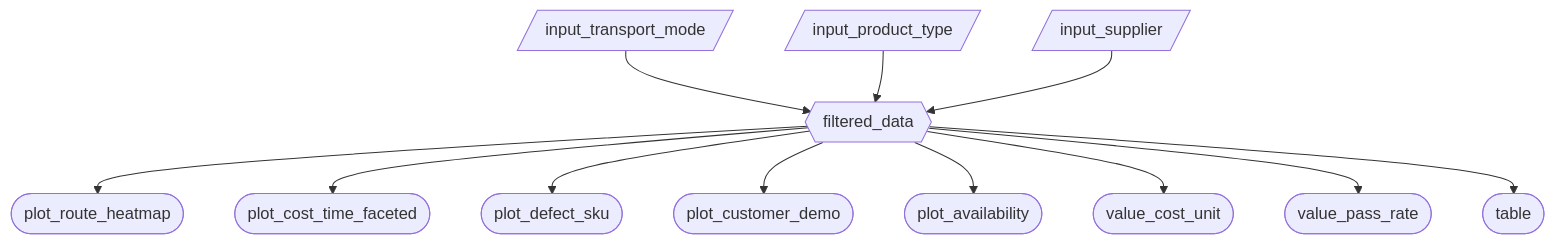
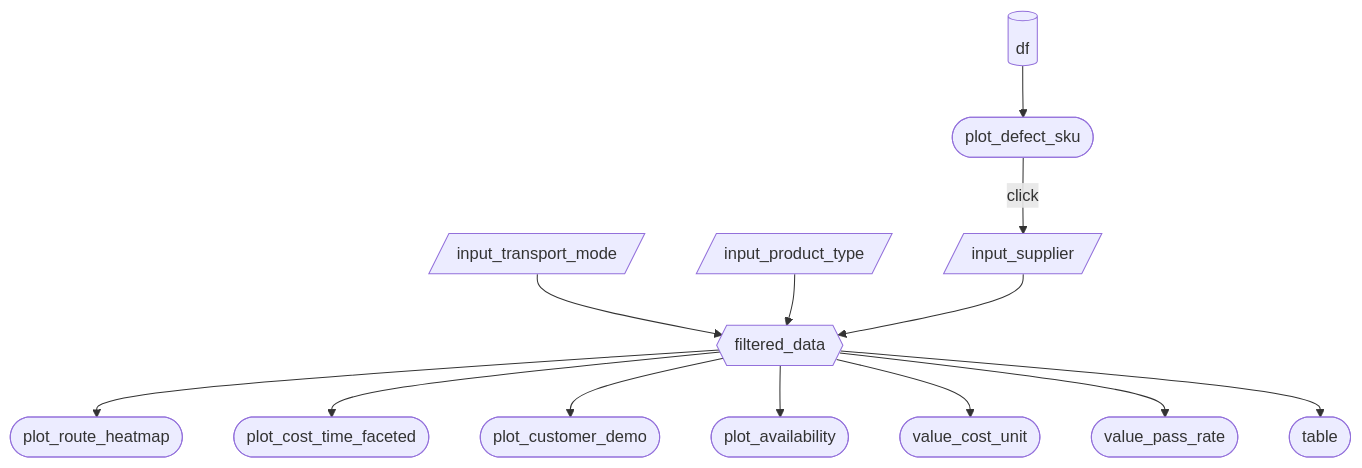
The first of 2 diagrams in reports/m2_spec.md (UBC-MDS/DSCI-532_2026_27_Supply_Chain_Dashboard), drawn with Mermaid before and after one commit. The commit also changed other lines of this file, not shown here.

Commit message:
updated m2.spec.md to align with plot_defect_sku changes

````diff
--- a/reports/m2_spec.md
+++ b/reports/m2_spec.md
@@ -70,15 +70,16 @@
 ```mermaid
 flowchart TD
     A[/input_transport_mode/] --> F{{filtered_data}}
     B[/input_product_type/] --> F
     C[/input_supplier/] --> F
+    DF[(df)] --> P3([plot_defect_sku])
+    P3 --> |click| C
 
     F --> P1([plot_route_heatmap])
     F --> P2([plot_cost_time_faceted])
-    F --> P3([plot_defect_sku])
     F --> P4([plot_customer_demo])
     F --> P5([plot_availability])
     F --> V1([value_cost_unit])
     F --> V2([value_pass_rate])
     F --> T([table])
 ```
````
